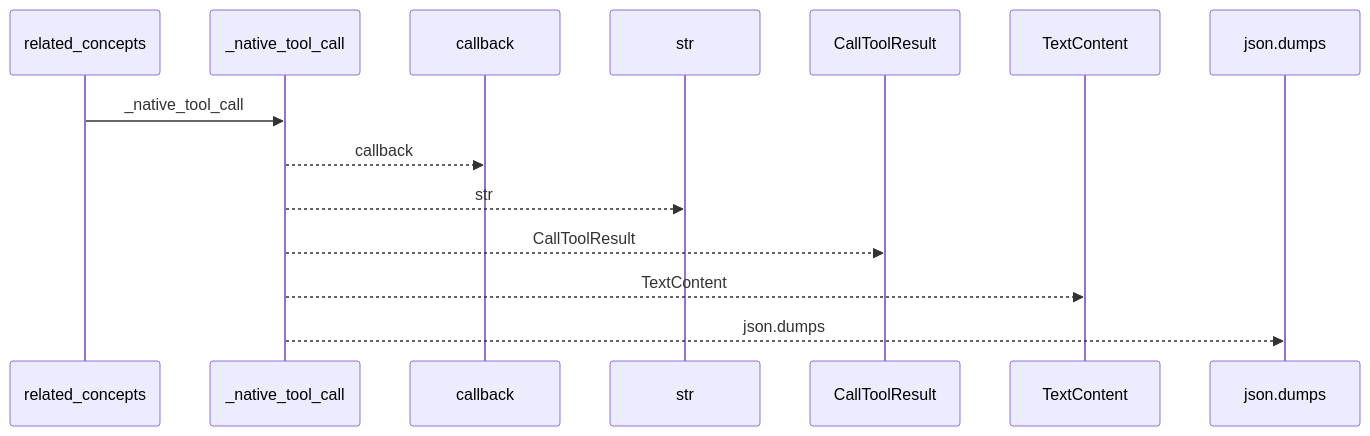
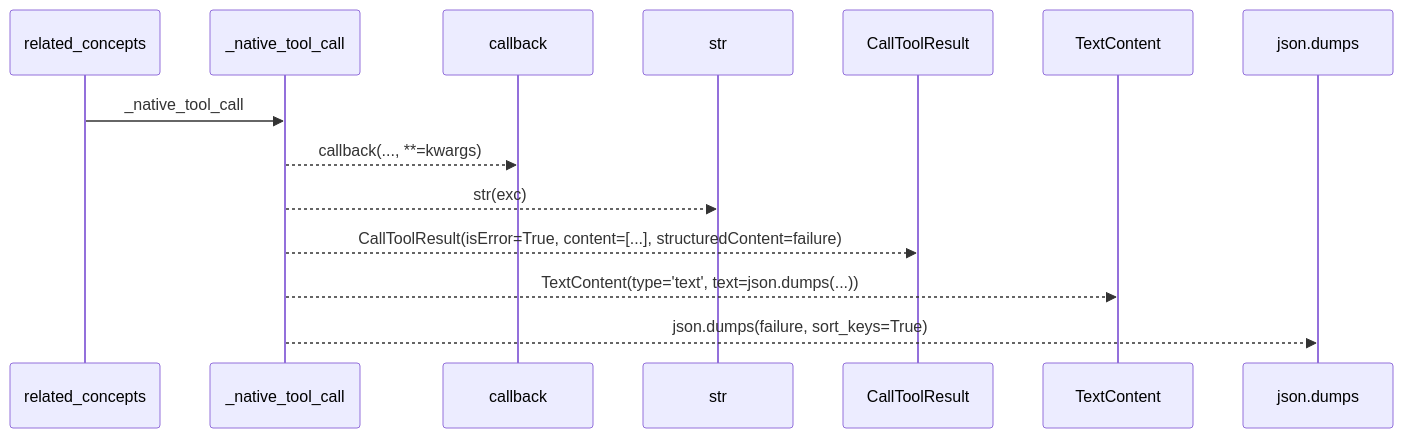
Before and after one commit to Denissvgn/python-wiki-llm: the first of 2 diagrams in docs/llm_wiki/flows/mcp-related_concepts.md, drawn with Mermaid. The commit also changed other lines of this file and 1410 other files, not shown here.

````diff
--- a/docs/llm_wiki/flows/mcp-related_concepts.md
+++ b/docs/llm_wiki/flows/mcp-related_concepts.md
@@ -10,16 +12,16 @@
 ```mermaid
 sequenceDiagram
     participant p0 as related_concepts
     participant p1 as _native_tool_call
     participant p2 as callback
     participant p3 as str
     participant p4 as CallToolResult
     participant p5 as TextContent
     participant p6 as json.dumps
     p0->>p1: _native_tool_call
-    p1-->>p2: callback
-    p1-->>p3: str
-    p1-->>p4: CallToolResult
-    p1-->>p5: TextContent
-    p1-->>p6: json.dumps
+    p1-->>p2: callback(..., **=kwargs)
+    p1-->>p3: str(exc)
+    p1-->>p4: CallToolResult(isError=True, content=[...], structuredContent=failure)
+    p1-->>p5: TextContent(type='text', text=json.dumps(...))
+    p1-->>p6: json.dumps(failure, sort_keys=True)
 ```
````
